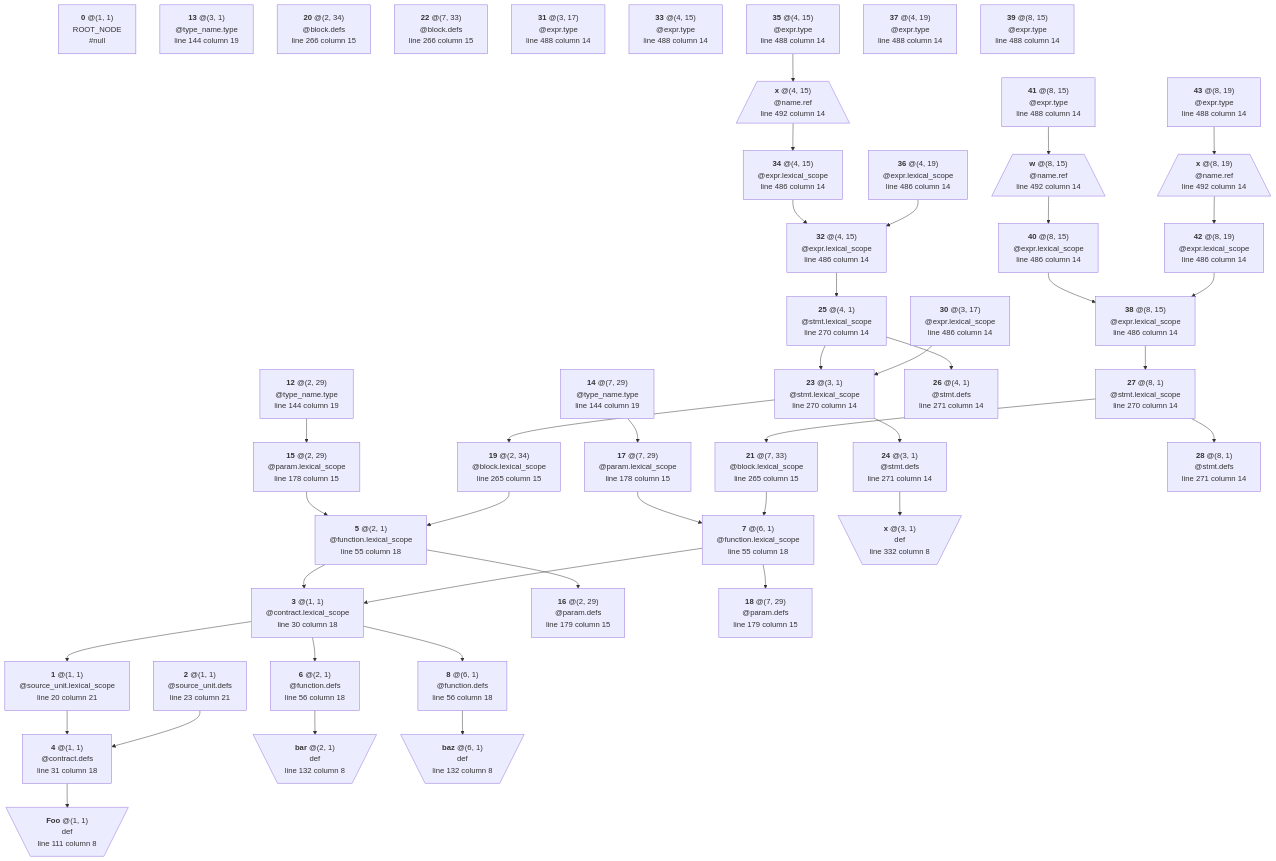
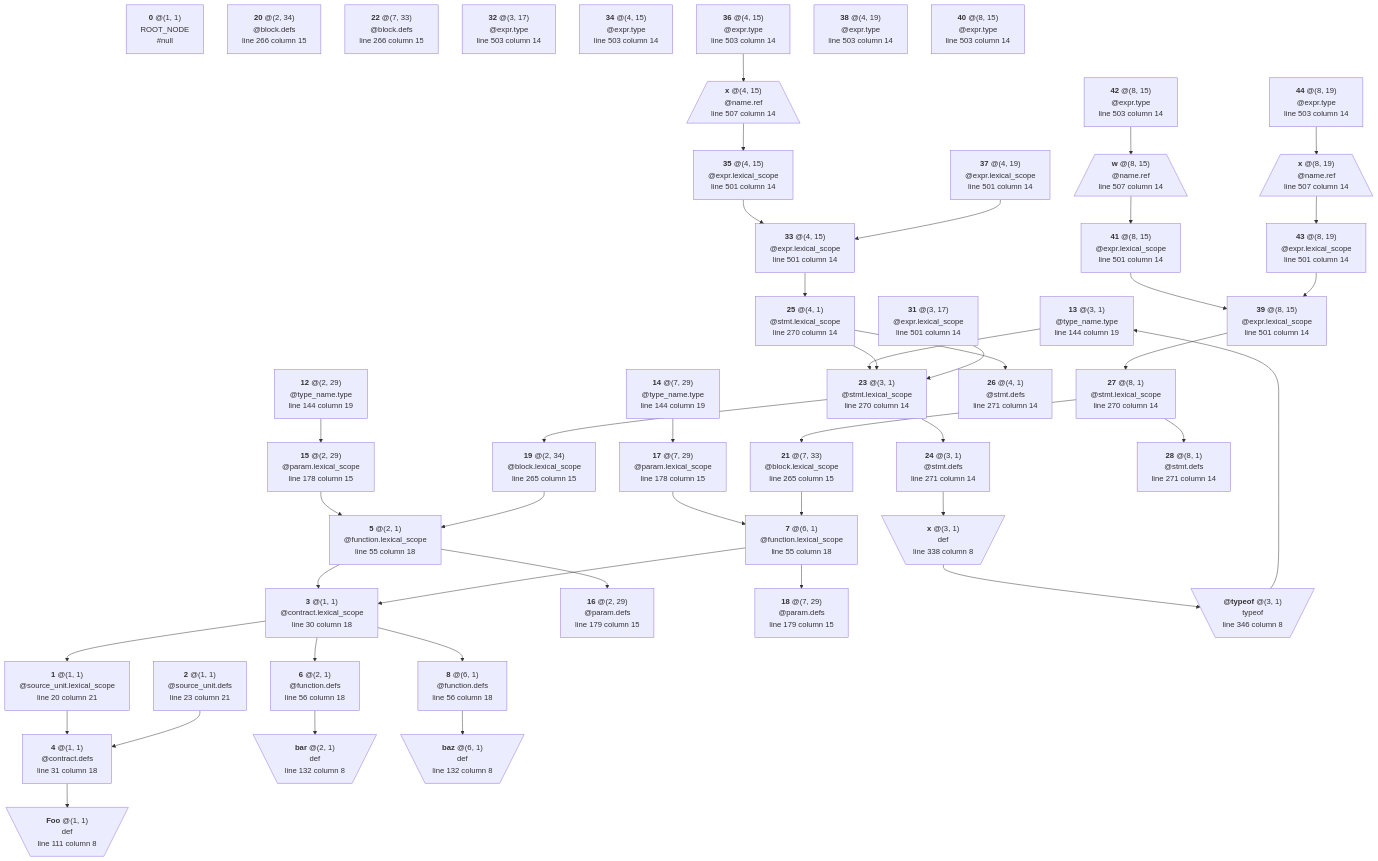
One commit to manastech/slang changed the diagram in crates/solidity/testing/snapshots/bindings_output/lexical/generated/local_vars.sol-0.5.0.mmd. Above: the diagram before and after it, drawn with Mermaid. The commit also changed 21 other files, not shown here.

```diff
--- a/crates/solidity/testing/snapshots/bindings_output/lexical/generated/local_vars.sol-0.5.0.mmd
+++ b/crates/solidity/testing/snapshots/bindings_output/lexical/generated/local_vars.sol-0.5.0.mmd
@@ -1,180 +1,186 @@
 graph TD
 	N0["`**0** @(1, 1)
 ROOT_NODE
 #null`"]
 	N1["`**1** @(1, 1)
 @source_unit.lexical_scope
 line 20 column 21`"]
 	N1 --> N4
 	N2["`**2** @(1, 1)
 @source_unit.defs
 line 23 column 21`"]
 	N2 --> N4
 	N3["`**3** @(1, 1)
 @contract.lexical_scope
 line 30 column 18`"]
 	N3 --> N1
 	N3 --> N6
 	N3 --> N8
 	N4["`**4** @(1, 1)
 @contract.defs
 line 31 column 18`"]
 	N4 --> N9
 	N5["`**5** @(2, 1)
 @function.lexical_scope
 line 55 column 18`"]
 	N5 --> N3
 	N5 --> N16
 	N6["`**6** @(2, 1)
 @function.defs
 line 56 column 18`"]
 	N6 --> N10
 	N7["`**7** @(6, 1)
 @function.lexical_scope
 line 55 column 18`"]
 	N7 --> N3
 	N7 --> N18
 	N8["`**8** @(6, 1)
 @function.defs
 line 56 column 18`"]
 	N8 --> N11
 	N9[\"`**Foo** @(1, 1)
 def
 line 111 column 8`"/]
 	N10[\"`**bar** @(2, 1)
 def
 line 132 column 8`"/]
 	N11[\"`**baz** @(6, 1)
 def
 line 132 column 8`"/]
 	N12["`**12** @(2, 29)
 @type_name.type
 line 144 column 19`"]
 	N12 --> N15
 	N13["`**13** @(3, 1)
 @type_name.type
 line 144 column 19`"]
+	N13 --> N23
 	N14["`**14** @(7, 29)
 @type_name.type
 line 144 column 19`"]
 	N14 --> N17
 	N15["`**15** @(2, 29)
 @param.lexical_scope
 line 178 column 15`"]
 	N15 --> N5
 	N16["`**16** @(2, 29)
 @param.defs
 line 179 column 15`"]
 	N17["`**17** @(7, 29)
 @param.lexical_scope
 line 178 column 15`"]
 	N17 --> N7
 	N18["`**18** @(7, 29)
 @param.defs
 line 179 column 15`"]
 	N19["`**19** @(2, 34)
 @block.lexical_scope
 line 265 column 15`"]
 	N19 --> N5
 	N20["`**20** @(2, 34)
 @block.defs
 line 266 column 15`"]
 	N21["`**21** @(7, 33)
 @block.lexical_scope
 line 265 column 15`"]
 	N21 --> N7
 	N22["`**22** @(7, 33)
 @block.defs
 line 266 column 15`"]
 	N23["`**23** @(3, 1)
 @stmt.lexical_scope
 line 270 column 14`"]
 	N23 --> N19
 	N23 --> N24
 	N24["`**24** @(3, 1)
 @stmt.defs
 line 271 column 14`"]
 	N24 --> N29
 	N25["`**25** @(4, 1)
 @stmt.lexical_scope
 line 270 column 14`"]
 	N25 --> N23
 	N25 --> N26
 	N26["`**26** @(4, 1)
 @stmt.defs
 line 271 column 14`"]
 	N27["`**27** @(8, 1)
 @stmt.lexical_scope
 line 270 column 14`"]
 	N27 --> N21
 	N27 --> N28
 	N28["`**28** @(8, 1)
 @stmt.defs
 line 271 column 14`"]
 	N29[\"`**x** @(3, 1)
 def
-line 332 column 8`"/]
-	N30["`**30** @(3, 17)
+line 338 column 8`"/]
+	N29 --> N30
+	N30[\"`**@typeof** @(3, 1)
+typeof
+line 346 column 8`"/]
+	N30 --> N13
+	N31["`**31** @(3, 17)
 @expr.lexical_scope
-line 486 column 14`"]
-	N30 --> N23
-	N31["`**31** @(3, 17)
+line 501 column 14`"]
+	N31 --> N23
+	N32["`**32** @(3, 17)
 @expr.type
-line 488 column 14`"]
-	N32["`**32** @(4, 15)
+line 503 column 14`"]
+	N33["`**33** @(4, 15)
 @expr.lexical_scope
-line 486 column 14`"]
-	N32 --> N25
-	N33["`**33** @(4, 15)
+line 501 column 14`"]
+	N33 --> N25
+	N34["`**34** @(4, 15)
 @expr.type
-line 488 column 14`"]
-	N34["`**34** @(4, 15)
+line 503 column 14`"]
+	N35["`**35** @(4, 15)
 @expr.lexical_scope
-line 486 column 14`"]
-	N34 --> N32
-	N35["`**35** @(4, 15)
+line 501 column 14`"]
+	N35 --> N33
+	N36["`**36** @(4, 15)
 @expr.type
-line 488 column 14`"]
-	N35 --> N44
-	N36["`**36** @(4, 19)
+line 503 column 14`"]
+	N36 --> N45
+	N37["`**37** @(4, 19)
 @expr.lexical_scope
-line 486 column 14`"]
-	N36 --> N32
-	N37["`**37** @(4, 19)
+line 501 column 14`"]
+	N37 --> N33
+	N38["`**38** @(4, 19)
 @expr.type
-line 488 column 14`"]
-	N38["`**38** @(8, 15)
+line 503 column 14`"]
+	N39["`**39** @(8, 15)
 @expr.lexical_scope
-line 486 column 14`"]
-	N38 --> N27
-	N39["`**39** @(8, 15)
+line 501 column 14`"]
+	N39 --> N27
+	N40["`**40** @(8, 15)
 @expr.type
-line 488 column 14`"]
-	N40["`**40** @(8, 15)
+line 503 column 14`"]
+	N41["`**41** @(8, 15)
 @expr.lexical_scope
-line 486 column 14`"]
-	N40 --> N38
-	N41["`**41** @(8, 15)
+line 501 column 14`"]
+	N41 --> N39
+	N42["`**42** @(8, 15)
 @expr.type
-line 488 column 14`"]
-	N41 --> N45
-	N42["`**42** @(8, 19)
+line 503 column 14`"]
+	N42 --> N46
+	N43["`**43** @(8, 19)
 @expr.lexical_scope
-line 486 column 14`"]
-	N42 --> N38
-	N43["`**43** @(8, 19)
+line 501 column 14`"]
+	N43 --> N39
+	N44["`**44** @(8, 19)
 @expr.type
-line 488 column 14`"]
-	N43 --> N46
-	N44[/"`**x** @(4, 15)
+line 503 column 14`"]
+	N44 --> N47
+	N45[/"`**x** @(4, 15)
 @name.ref
-line 492 column 14`"\]
-	N44 --> N34
-	N45[/"`**w** @(8, 15)
+line 507 column 14`"\]
+	N45 --> N35
+	N46[/"`**w** @(8, 15)
 @name.ref
-line 492 column 14`"\]
-	N45 --> N40
-	N46[/"`**x** @(8, 19)
+line 507 column 14`"\]
+	N46 --> N41
+	N47[/"`**x** @(8, 19)
 @name.ref
-line 492 column 14`"\]
-	N46 --> N42
+line 507 column 14`"\]
+	N47 --> N43
```
